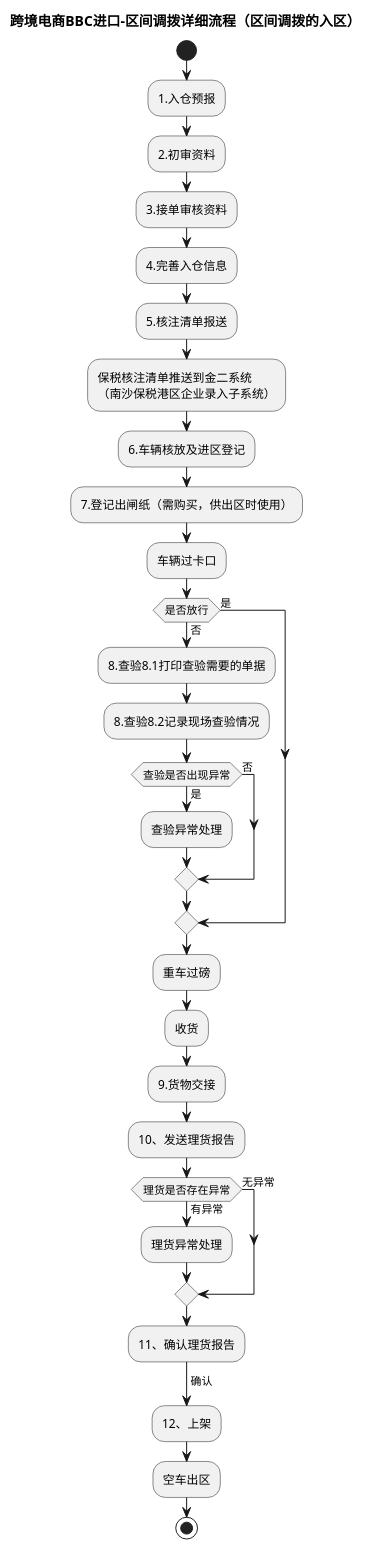
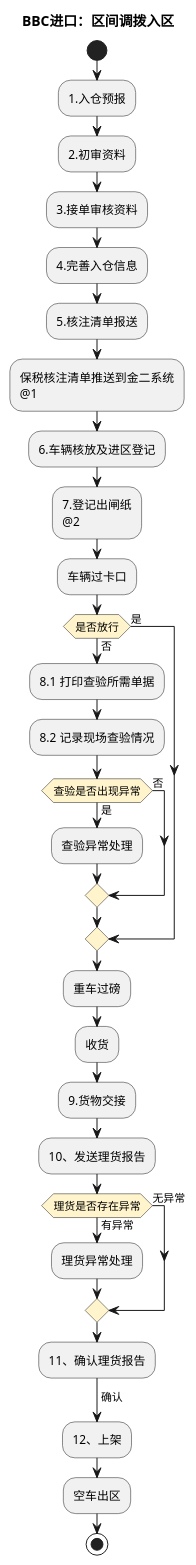
One commit to jack888332/projects-doc changed the second of 12 diagrams in product-caliber/goldjet/segmented-prd/mainflow/PRD.高捷物流系统一期.主流程.06.跨境电商BBC进口详细流程.md. Above: the diagram before and after it, drawn with PlantUML. The commit also changed other lines of this file and 20 other files, not shown here.

Commit message:
优化流程表对应的DLS图

````diff
--- a/product-caliber/goldjet/segmented-prd/mainflow/PRD.高捷物流系统一期.主流程.06.跨境电商BBC进口详细流程.md
+++ b/product-caliber/goldjet/segmented-prd/mainflow/PRD.高捷物流系统一期.主流程.06.跨境电商BBC进口详细流程.md
@@ -54,37 +58,38 @@
 ```plantuml
 @startuml
-title 跨境电商BBC进口-区间调拨详细流程（区间调拨的入区）
+skinparam activityDiamondBackgroundColor #FFF4CC
+title BBC进口：区间调拨入区
 start
 :1.入仓预报;
 :2.初审资料;
 :3.接单审核资料;
 :4.完善入仓信息;
 :5.核注清单报送;
-:保税核注清单推送到金二系统\n（南沙保税港区企业录入子系统）;
+:保税核注清单推送到金二系统\n@1;
 :6.车辆核放及进区登记;
-:7.登记出闸纸（需购买，供出区时使用）;
+:7.登记出闸纸\n@2;
 :车辆过卡口;
 if (是否放行) then (是)
 else (否)
-  :8.查验8.1打印查验需要的单据;
-  :8.查验8.2记录现场查验情况;
+  :8.1 打印查验所需单据;
+  :8.2 记录现场查验情况;
   if (查验是否出现异常) then (是)
     :查验异常处理;
   else (否)
   endif
 endif
 :重车过磅;
 :收货;
 :9.货物交接;
 :10、发送理货报告;
 if (理货是否存在异常) then (有异常)
   :理货异常处理;
 else (无异常)
 endif
 :11、确认理货报告;
 -> 确认;
 :12、上架;
 :空车出区;
 stop
 @enduml
 ```
````
